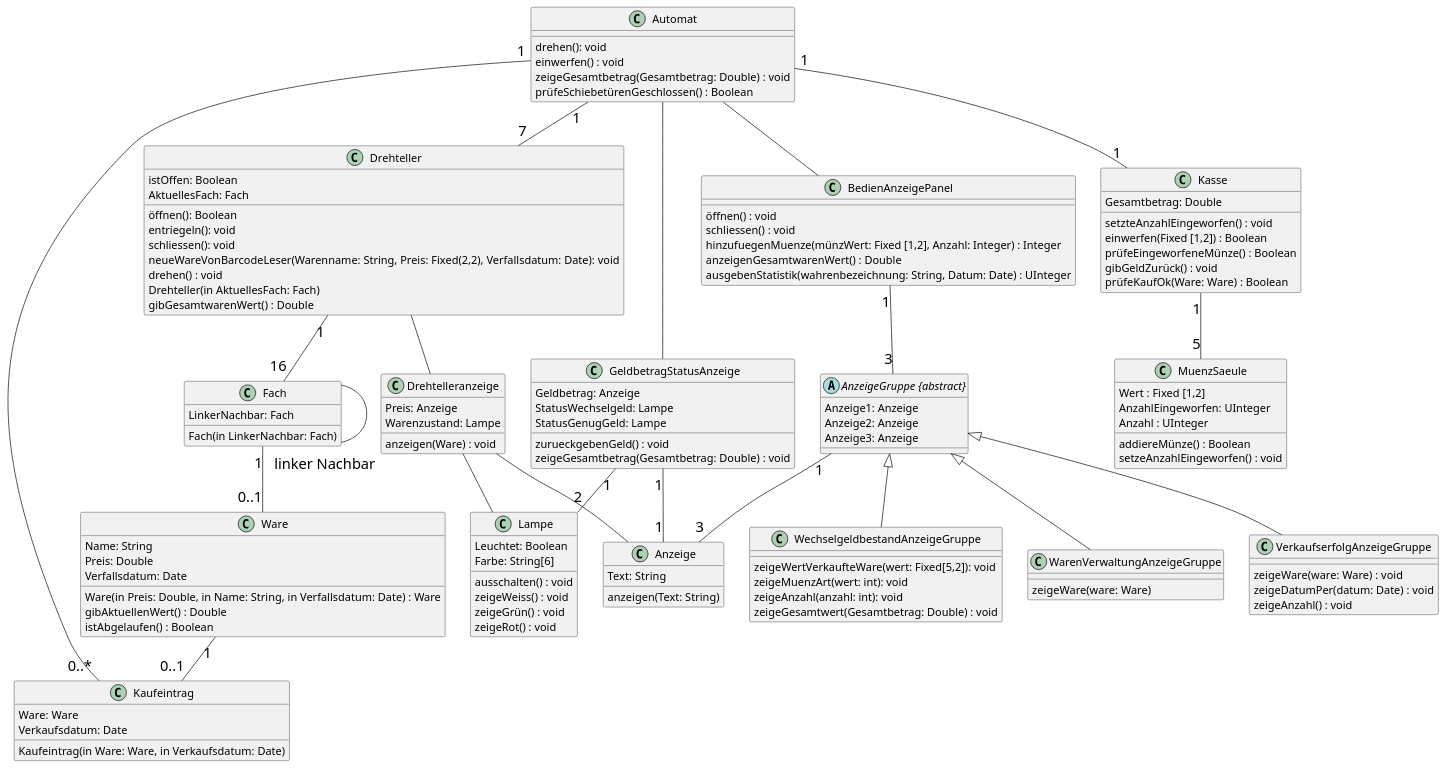
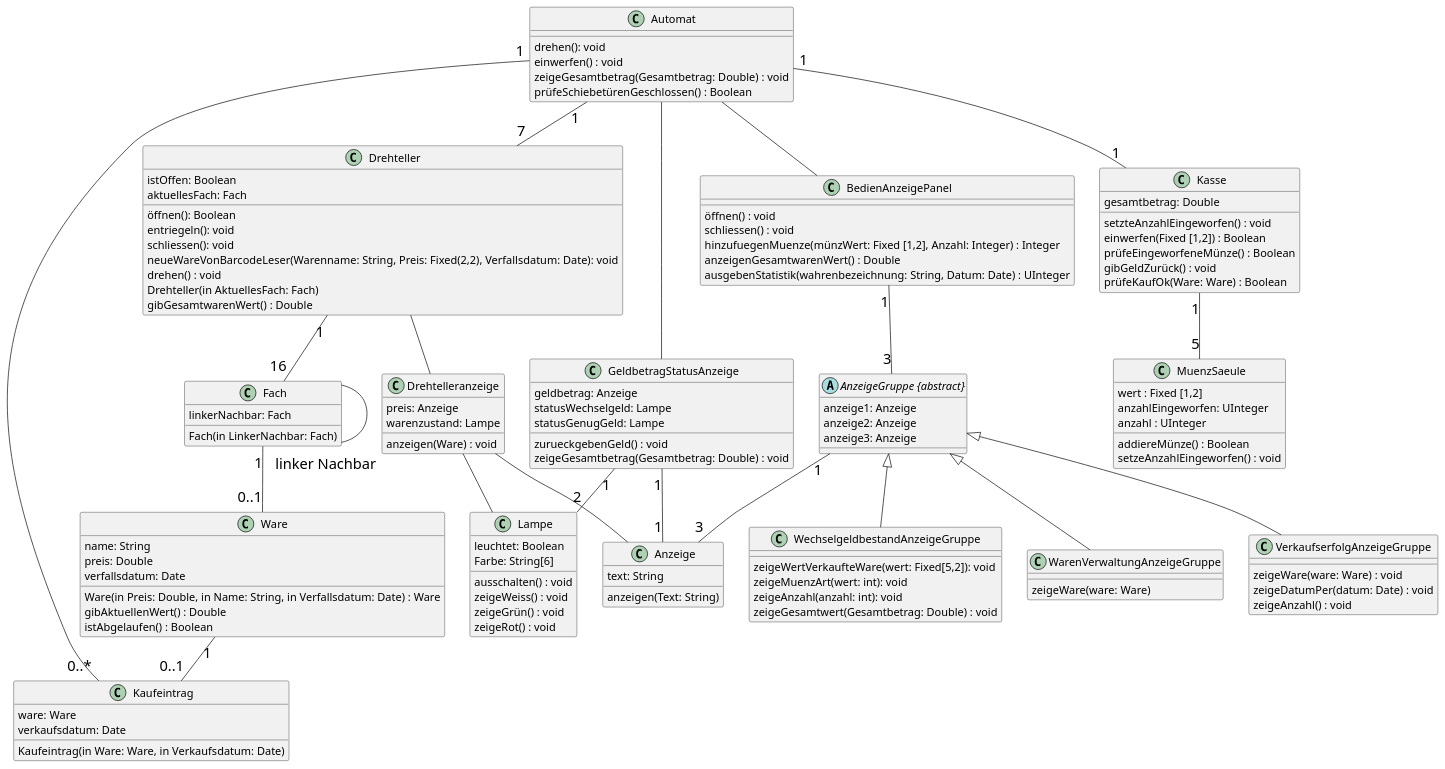
One commit to egoat/MAS-SE22_Warenautomat2022_Analyse changed the second of 4 diagrams in Warenautomat.md. Above: the diagram before and after it, drawn with PlantUML.

Commit message:
Schreibe Attribute klein

```diff
--- a/Warenautomat.md
+++ b/Warenautomat.md
@@ -97,7 +97,7 @@
     öffnen(): Boolean
     entriegeln(): void
     schliessen(): void
-    AktuellesFach: Fach
+    aktuellesFach: Fach
     neueWareVonBarcodeLeser(Warenname: String, Preis: Fixed(2,2), Verfallsdatum: Date): void
     drehen() : void
     Drehteller(in AktuellesFach: Fach)
@@ -106,27 +106,27 @@
 
 
 class Fach {
-    LinkerNachbar: Fach
+    linkerNachbar: Fach
     Fach(in LinkerNachbar: Fach)
 }
 
 class Ware {
-    Name: String
-    Preis: Double
-    Verfallsdatum: Date
+    name: String
+    preis: Double
+    verfallsdatum: Date
     Ware(in Preis: Double, in Name: String, in Verfallsdatum: Date) : Ware
     gibAktuellenWert() : Double
     istAbgelaufen() : Boolean
 }
 
 class Kaufeintrag {
-    Ware: Ware
-    Verkaufsdatum: Date
+    ware: Ware
+    verkaufsdatum: Date
     Kaufeintrag(in Ware: Ware, in Verkaufsdatum: Date)
 }
 
 class Kasse {
-    Gesamtbetrag: Double
+    gesamtbetrag: Double
     setzteAnzahlEingeworfen() : void
     einwerfen(Fixed [1,2]) : Boolean
     prüfeEingeworfeneMünze() : Boolean
@@ -135,23 +135,23 @@
 }
 
 class MuenzSaeule {
-    Wert : Fixed [1,2]
-    AnzahlEingeworfen: UInteger
-    Anzahl : UInteger
+    wert : Fixed [1,2]
+    anzahlEingeworfen: UInteger
+    anzahl : UInteger
     addiereMünze() : Boolean
     setzeAnzahlEingeworfen() : void
 }
 
 class Drehtelleranzeige {
-    Preis: Anzeige
-    Warenzustand: Lampe
+    preis: Anzeige
+    warenzustand: Lampe
     anzeigen(Ware) : void
 }
 
 class GeldbetragStatusAnzeige{
-    Geldbetrag: Anzeige
-    StatusWechselgeld: Lampe
-    StatusGenugGeld: Lampe
+    geldbetrag: Anzeige
+    statusWechselgeld: Lampe
+    statusGenugGeld: Lampe
     zurueckgebenGeld() : void
     zeigeGesamtbetrag(Gesamtbetrag: Double) : void
 }
@@ -165,18 +165,18 @@
 }
 
 abstract "AnzeigeGruppe {abstract}"{
-    Anzeige1: Anzeige
-    Anzeige2: Anzeige
-    Anzeige3: Anzeige
+    anzeige1: Anzeige
+    anzeige2: Anzeige
+    anzeige3: Anzeige
 }
 
 class Anzeige{
-    Text: String
+    text: String
     anzeigen(Text: String)
 }
 
 class Lampe {
-    Leuchtet: Boolean
+    leuchtet: Boolean
     Farbe: String[6]
     ausschalten() : void
     zeigeWeiss() : void
```
